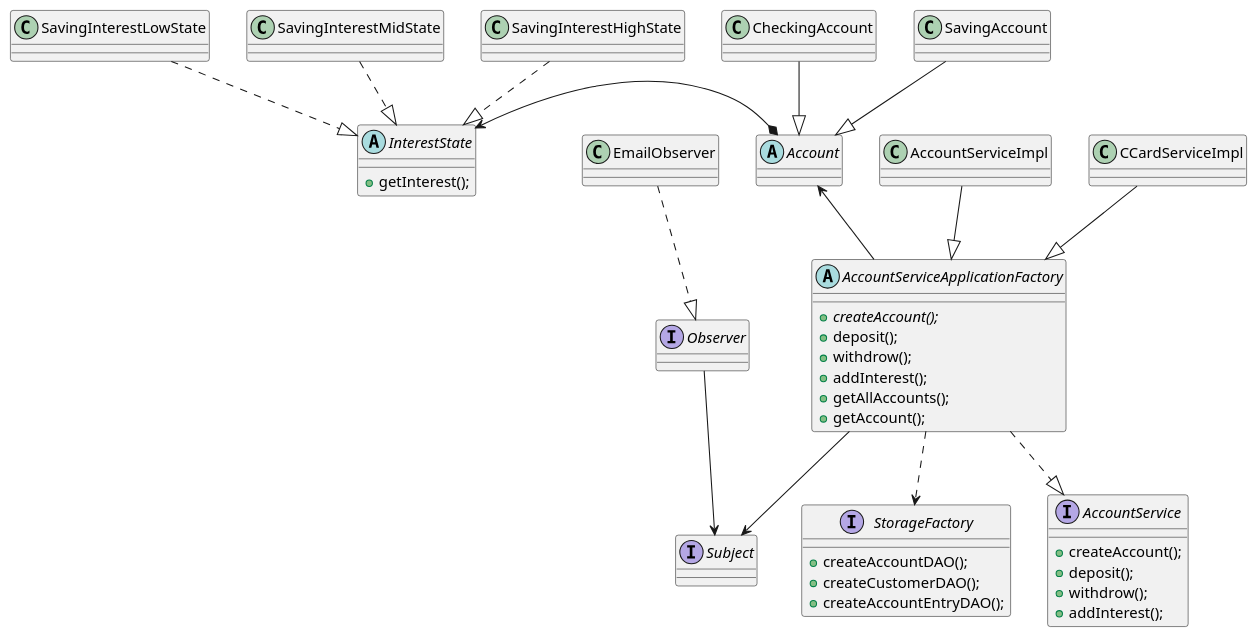
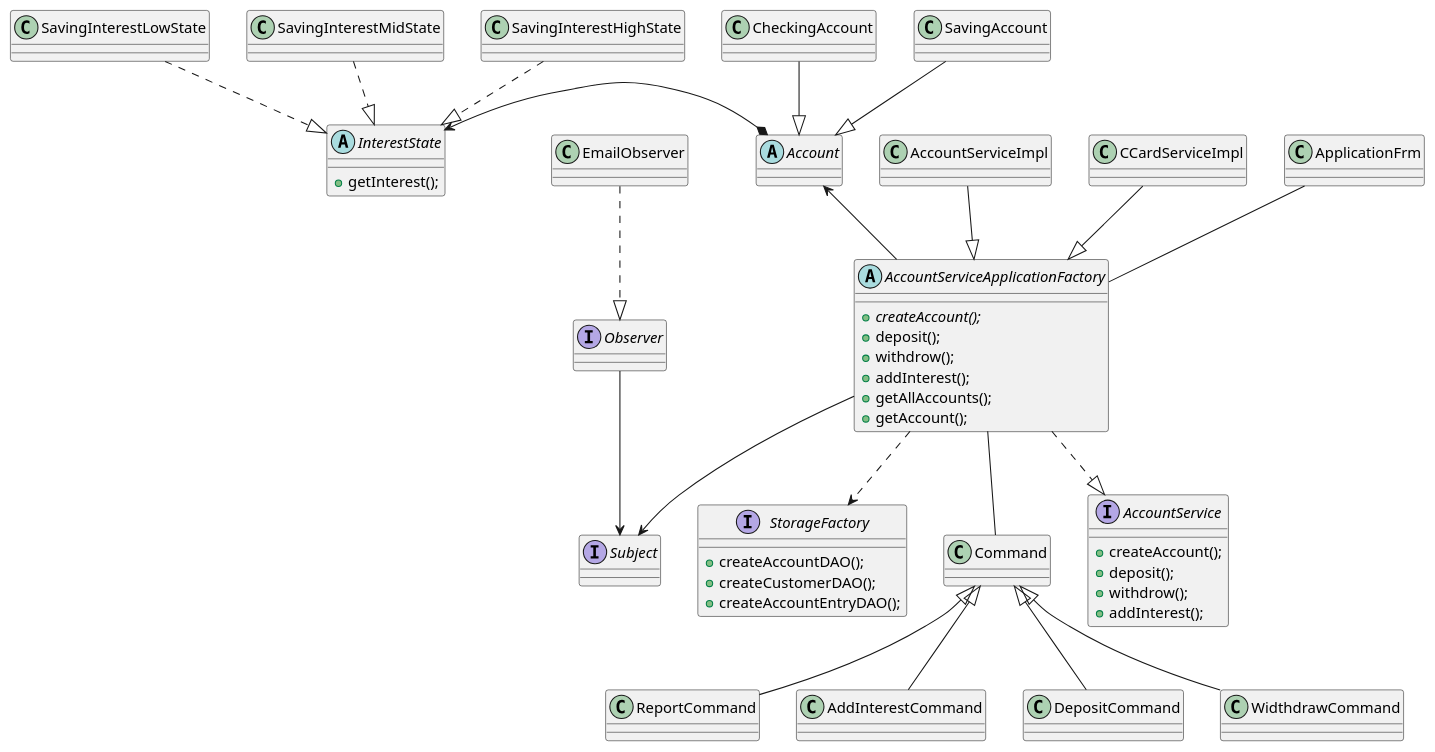
Before and after one commit to kgapparov/ASDProject: the diagram in src/main/java/Internal/classDiagram.puml, drawn with PlantUML. The commit also changed 17 other files, not shown here.

Commit message:
add Command pattern for ReportCommand 15-03-2022

```diff
--- a/src/main/java/Internal/classDiagram.puml
+++ b/src/main/java/Internal/classDiagram.puml
@@ -1,62 +1,69 @@
 @startuml
 'https://plantuml.com/class-diagram
 
 interface AccountService {
     +createAccount();
     +deposit();
     +withdrow();
     +addInterest();
 }
 
 abstract AccountServiceApplicationFactory{
     +{abstract}createAccount();
     +deposit();
     +withdrow();
     +addInterest();
     +getAllAccounts();
     +getAccount();
 }
 
 interface StorageFactory {
     +createAccountDAO();
     +createCustomerDAO();
     +createAccountEntryDAO();
 }
 'new Account product with subclasses
 abstract Account
 class CheckingAccount
 class SavingAccount
 'diagram
 CheckingAccount --|> Account
 SavingAccount --|> Account
 
 
 'Observer pattern for notifiyer
 interface Subject
 Interface Observer
 class EmailObserver
 
 Observer --> Subject
 EmailObserver ..|> Observer
 
 AccountServiceApplicationFactory --> Subject
 
 abstract class InterestState {
     +getInterest();
 }
 class SavingInterestLowState
 class SavingInterestMidState
 class SavingInterestHighState
 SavingInterestHighState ..|> InterestState
 SavingInterestLowState ..|> InterestState
 SavingInterestMidState ..|> InterestState
 
 InterestState <-* Account
 AccountServiceApplicationFactory ..|> AccountService
 AccountServiceImpl --|> AccountServiceApplicationFactory
 CCardServiceImpl --|> AccountServiceApplicationFactory
 
 AccountServiceApplicationFactory ..> StorageFactory
 Account <-- AccountServiceApplicationFactory
 
+Command <|-- ReportCommand
+Command <|-- AddInterestCommand
+Command <|-- DepositCommand
+Command <|-- WidthdrawCommand
+
+AccountServiceApplicationFactory -- Command
+ApplicationFrm -- AccountServiceApplicationFactory
 @enduml
```
